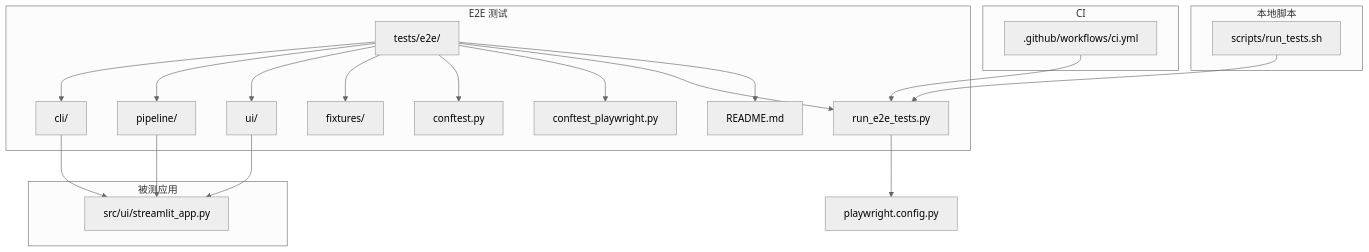
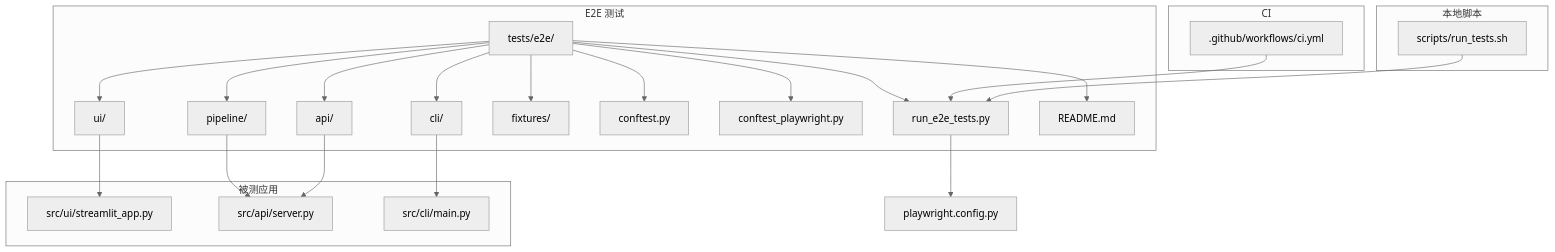
One commit to boyingliu01/fault-review-analyzer changed the first of 7 diagrams in .qoder/repowiki/zh/content/测试策略/端到端测试/端到端测试.md. Above: the diagram before and after it, drawn with Mermaid (neutral theme). The commit also changed other lines of this file and 125 other files, not shown here.

````diff
--- a/.qoder/repowiki/zh/content/测试策略/端到端测试/端到端测试.md
+++ b/.qoder/repowiki/zh/content/测试策略/端到端测试/端到端测试.md
@@ -47,29 +61,33 @@
 ```mermaid
 graph TB
 subgraph "E2E 测试"
 A["tests/e2e/"] --> B["cli/"]
 A --> C["pipeline/"]
 A --> D["ui/"]
-A --> E["fixtures/"]
-A --> F["conftest.py"]
-A --> G["conftest_playwright.py"]
-A --> H["run_e2e_tests.py"]
-A --> I["README.md"]
+A --> E["api/"]
+A --> F["fixtures/"]
+A --> G["conftest.py"]
+A --> H["conftest_playwright.py"]
+A --> I["run_e2e_tests.py"]
+A --> J["README.md"]
 end
 subgraph "被测应用"
-J["src/ui/streamlit_app.py"]
+K["src/ui/streamlit_app.py"]
+L["src/api/server.py"]
+M["src/cli/main.py"]
 end
 subgraph "CI"
-K[".github/workflows/ci.yml"]
+N[".github/workflows/ci.yml"]
 end
 subgraph "本地脚本"
-L["scripts/run_tests.sh"]
+O["scripts/run_tests.sh"]
 end
-M["playwright.config.py"]
-B --> J
-C --> J
-D --> J
-H --> M
-K --> H
-L --> H
+P["playwright.config.py"]
+B --> M
+C --> L
+D --> K
+E --> L
+I --> P
+N --> I
+O --> I
 ```
````
